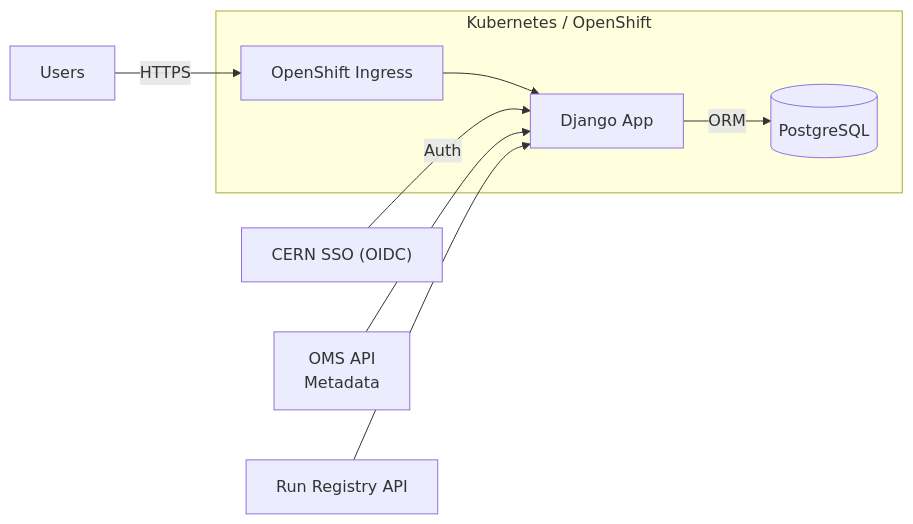
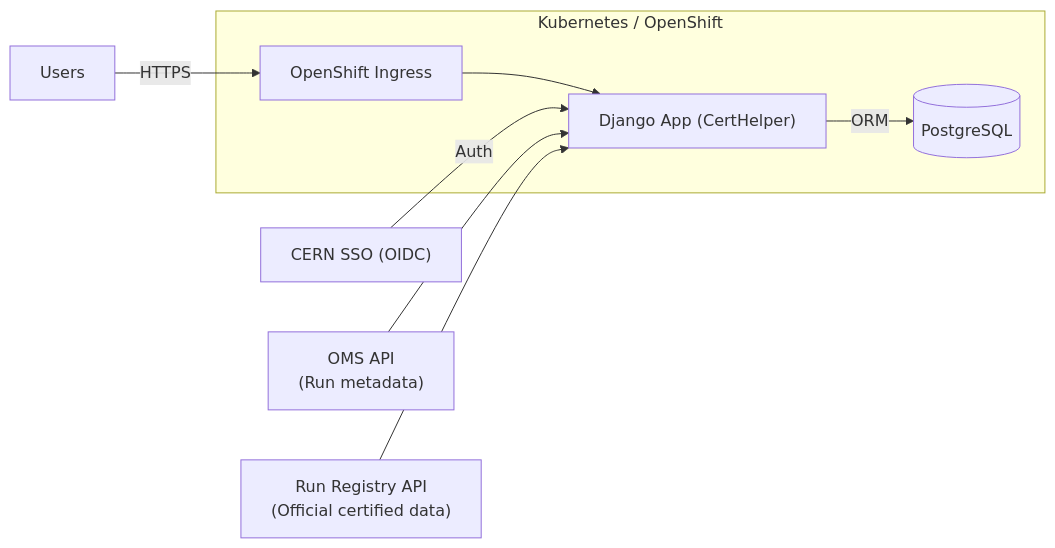
The diagram in content/posts/cern-cms/Certification helper.md (Abhit03/my-blog), drawn with Mermaid before and after one commit. The commit also changed other lines of this file and 11 other files, not shown here.

````diff
--- a/content/posts/cern-cms/Certification helper.md
+++ b/content/posts/cern-cms/Certification helper.md
@@ -37,13 +44,13 @@
 ```mermaid
 flowchart LR
   U[Users] -->|HTTPS| R[OpenShift Ingress]
 
   subgraph OS[Kubernetes / OpenShift]
-    R --> A[Django App]
+    R --> A["Django App (CertHelper)"]
     A -->|ORM| DB[(PostgreSQL)]
   end
 
   SSO["CERN SSO (OIDC)"] -- Auth --> A
-  OMS[OMS API<br>Metadata] --> A
-  RR[Run Registry API] --> A
+  OMS["OMS API<br>(Run metadata)"] --> A
+  RR["Run Registry API<br>(Official certified data)"] --> A
 ```
````
